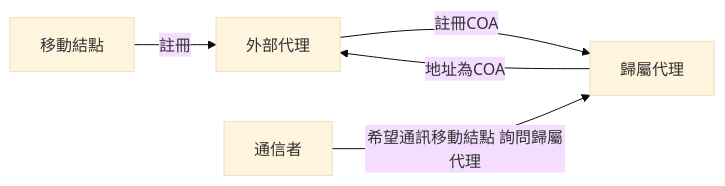
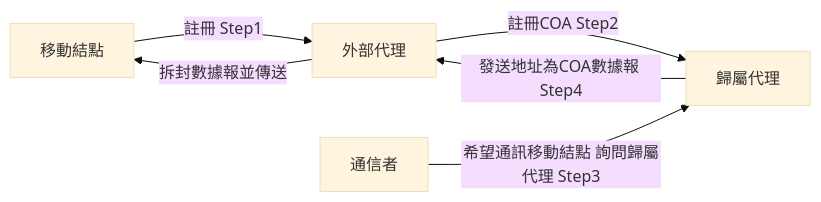
Before and after one commit to chchoiw/chchoiw.github.io: the fifth of 5 diagrams in _posts/2021-07-21-04741-internet.md, drawn with Mermaid (base theme).

````diff
--- a/_posts/2021-07-21-04741-internet.md
+++ b/_posts/2021-07-21-04741-internet.md
@@ -717,7 +717,8 @@
 ```mermaid
 graph LR
-    A[移動結點] -- 註冊 -->  B[外部代理];
-    B-- 註冊COA -->C[歸屬代理]
-    D[通信者] -- 希望通訊移動結點 詢問歸屬代理 -->C
-    C--地址為COA -->B
+    A[移動結點] -- 註冊 Step1 -->  B[外部代理];
+    B-- 註冊COA Step2-->C[歸屬代理]
+    D[通信者] -- 希望通訊移動結點 詢問歸屬代理 Step3-->C
+    C--發送地址為COA數據報 Step4-->B
+    B-- 拆封數據報並傳送-->A
 ```
````
